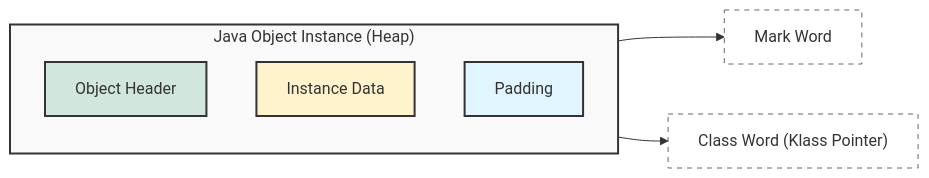
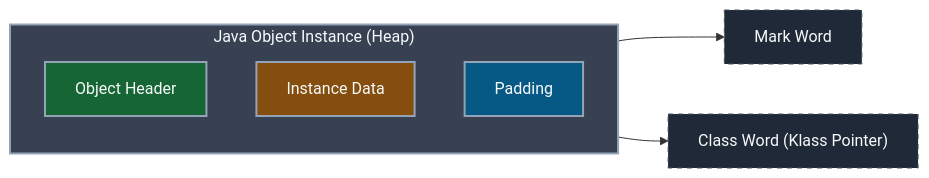
Before and after one commit to Kang-Hyesung/kang-hyesung.github.io: the first of 3 diagrams in _posts/java/08-gc/2026-01-20-객체-메모리-레이아웃과-해시코드.md, drawn with Mermaid. The commit also changed other lines of this file and 74 other files, not shown here.

Commit message:
docs: update post visibility and mermaid colors

````diff
--- a/_posts/java/08-gc/2026-01-20-객체-메모리-레이아웃과-해시코드.md
+++ b/_posts/java/08-gc/2026-01-20-객체-메모리-레이아웃과-해시코드.md
@@ -23,21 +23,21 @@
 ```mermaid
 graph LR
     subgraph Object_Instance ["Java Object Instance (Heap)"]
         direction TB
         A["Object Header"]
         B["Instance Data"]
         C["Padding"]
     end
 
     A --> A1["Mark Word"]
     A --> A2["Class Word (Klass Pointer)"]
 
     %% 스타일 정의
-    style Object_Instance fill:#f9f9f9,stroke:#333,stroke-width:2px
-    style A fill:#d1e7dd,stroke:#333,stroke-width:2px
-    style B fill:#fff3cd,stroke:#333,stroke-width:2px
-    style C fill:#e1f5fe,stroke:#333,stroke-width:2px
-    style A1 fill:#ffffff,stroke:#666,stroke-dasharray: 5 5
-    style A2 fill:#ffffff,stroke:#666,stroke-dasharray: 5 5
+    style Object_Instance fill:#374151,stroke:#94a3b8,stroke-width:2px,color:#f8fafc
+    style A fill:#166534,stroke:#94a3b8,stroke-width:2px,color:#f8fafc
+    style B fill:#854d0e,stroke:#94a3b8,stroke-width:2px,color:#f8fafc
+    style C fill:#075985,stroke:#94a3b8,stroke-width:2px,color:#f8fafc
+    style A1 fill:#1f2937,stroke:#4b5563,stroke-dasharray: 5 5,color:#f8fafc
+    style A2 fill:#1f2937,stroke:#4b5563,stroke-dasharray: 5 5,color:#f8fafc
 
 ```
````
